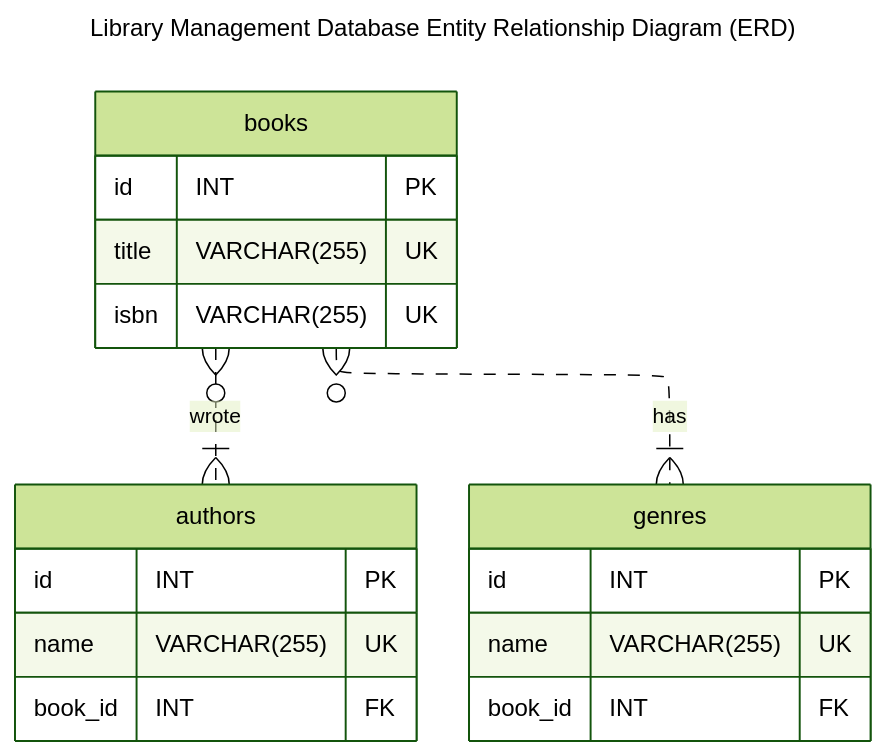
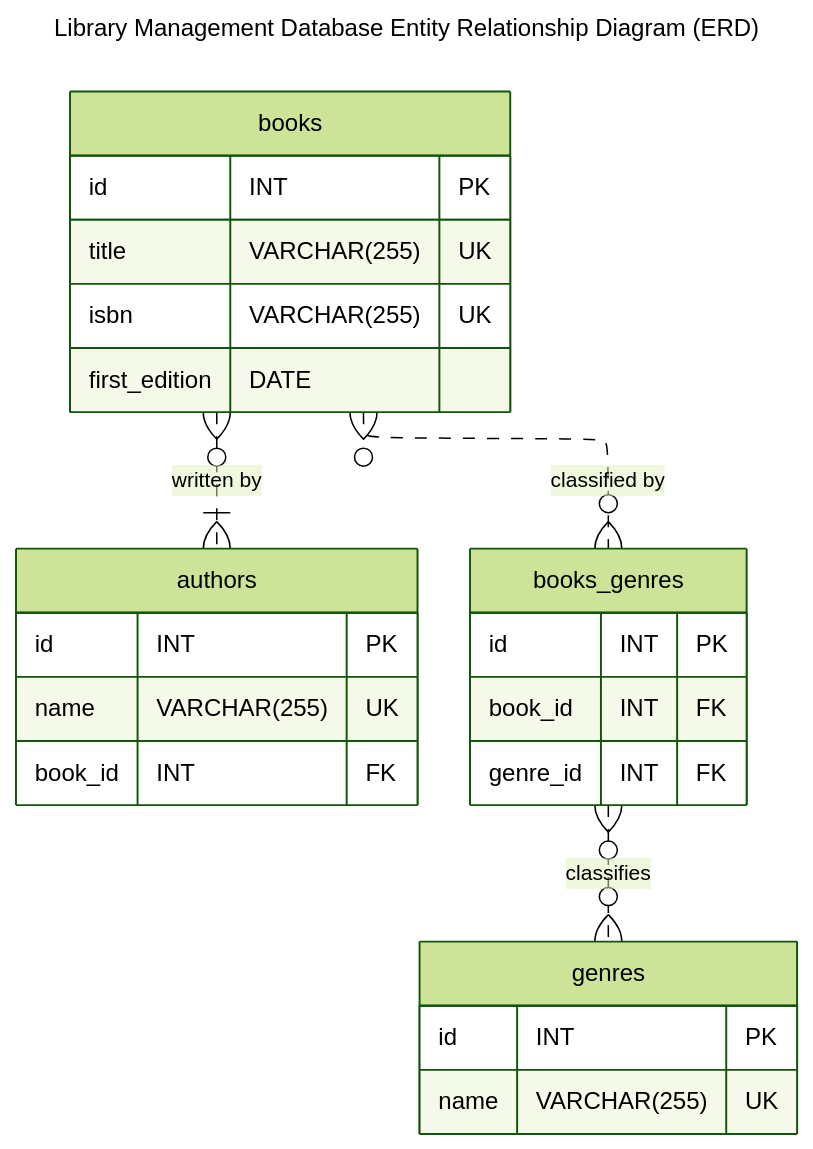
The diagram in README.md (ebouchut-laplateforme/sql-lab-library-schema), drawn with Mermaid (forest theme) before and after one commit. The commit also changed other lines of this file, not shown here.

````diff
--- a/README.md
+++ b/README.md
@@ -39,27 +55,33 @@
 ```mermaid
 ---
 title: Library Management Database Entity Relationship Diagram (ERD)
 config:
     layout: elk
 ---
 erDiagram
 
-    books { 
-        id               INT            PK
-        title            VARCHAR(255)   UK
-        isbn             VARCHAR(255)   UK
+    books {
+        id                 INT            PK
+        title              VARCHAR(255)   UK
+        isbn               VARCHAR(255)   UK
+        first_edition      DATE              
     }
     authors {
-        id               INT            PK
-        name             VARCHAR(255)   UK
-        book_id          INT            FK
+        id                 INT            PK
+        name               VARCHAR(255)   UK
+        book_id            INT            FK
     }
     genres {
-        id               INT            PK
-        name             VARCHAR(255)   UK
-        book_id          INT            FK    
+        id                 INT            PK
+        name               VARCHAR(255)   UK
     }
-    
-    books     }o..|{ authors        : "wrote"
-    books     }o..|{ genres         : "has"
+    books_genres {
+        id                 INT            PK
+        book_id            INT            FK
+        genre_id           INT            FK
+    }
+
+    books        }o..|{ authors        : "written by"
+    books        }o..o{ books_genres   : "classified by"
+    books_genres }o..o{ genres         : "classifies"
 ```
````
